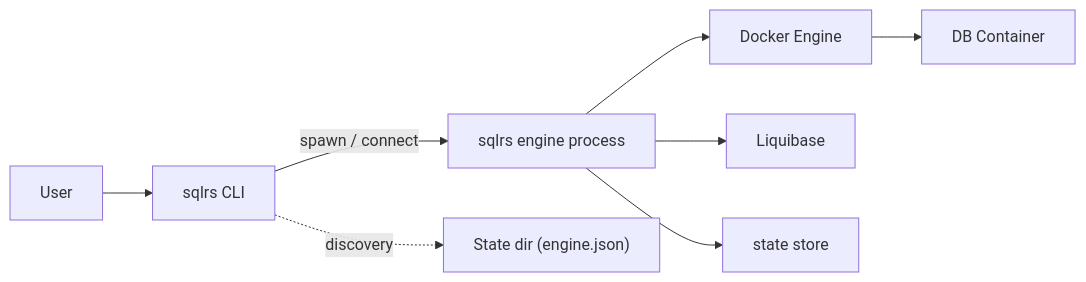
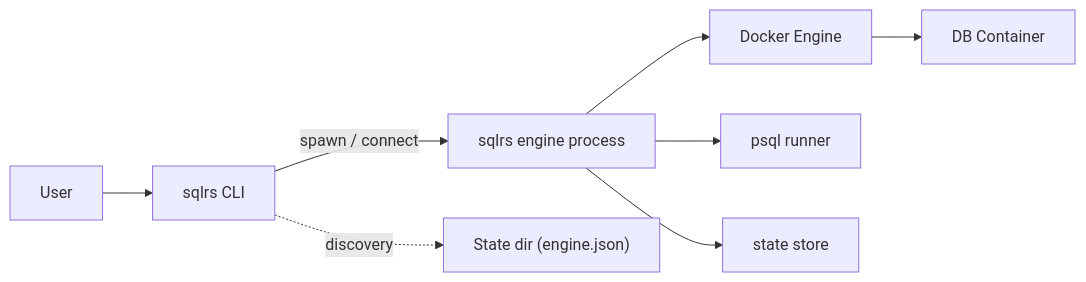
The diagram in docs/architecture/local-deployment-architecture.RU.md (kimak-irmagi/taidon), drawn with Mermaid before and after one commit. The commit also changed other lines of this file and 43 other files, not shown here.

````diff
--- a/docs/architecture/local-deployment-architecture.RU.md
+++ b/docs/architecture/local-deployment-architecture.RU.md
@@ -29,19 +30,19 @@
 ```mermaid
 flowchart LR
   U[User]
   CLI["sqlrs CLI"]
   ENG["sqlrs engine process"]
   DOCKER["Docker Engine"]
   DB["DB Container"]
-  LB[Liquibase]
+  PS["psql runner"]
   STATE["State dir (engine.json)"]
   STORE["state store"]
 
   U --> CLI
   CLI -->|spawn / connect| ENG
   ENG --> DOCKER
-  ENG --> LB
+  ENG --> PS
   DOCKER --> DB
   ENG --> STORE
   CLI -. discovery .-> STATE
 ```
````
